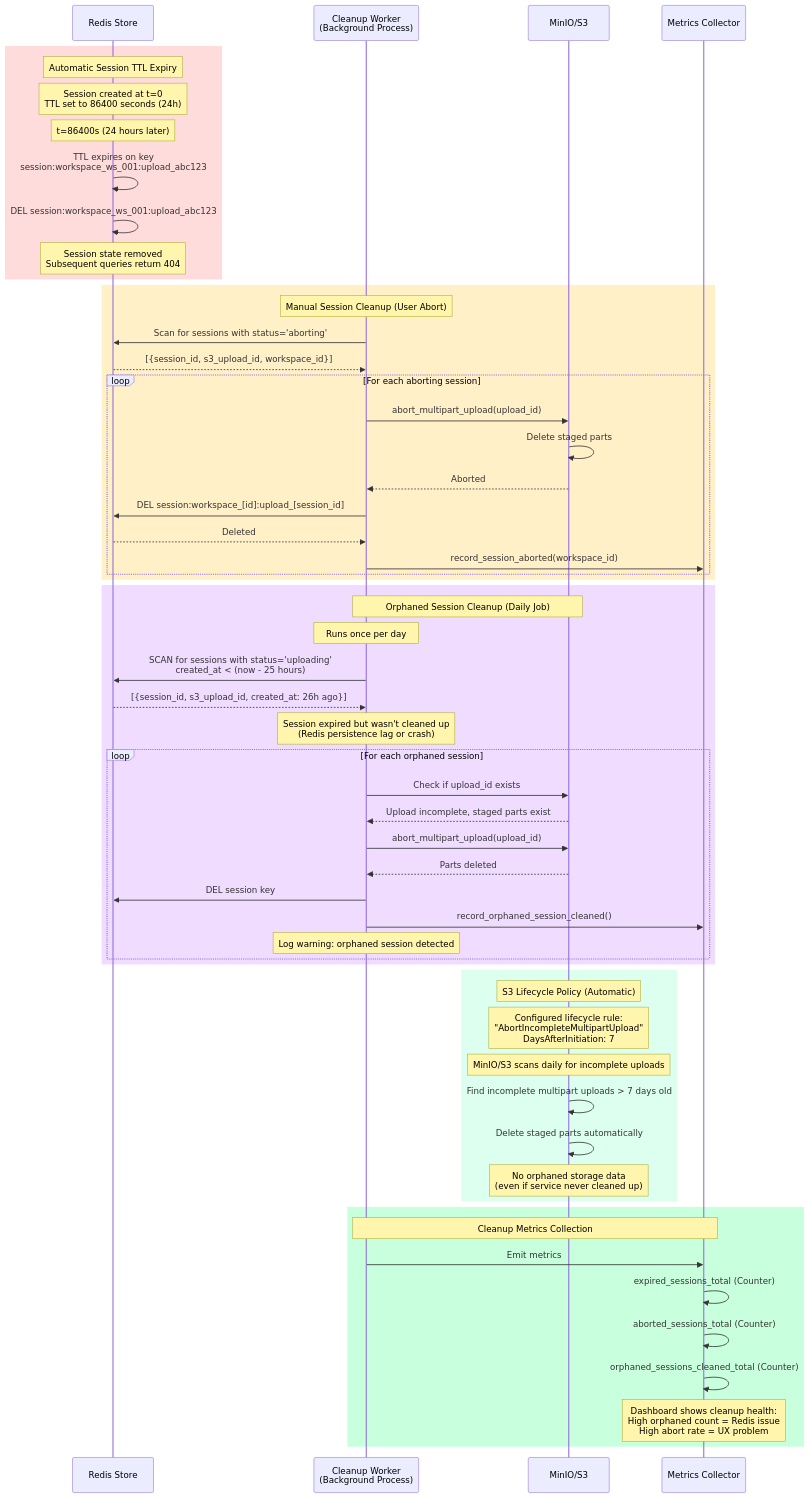
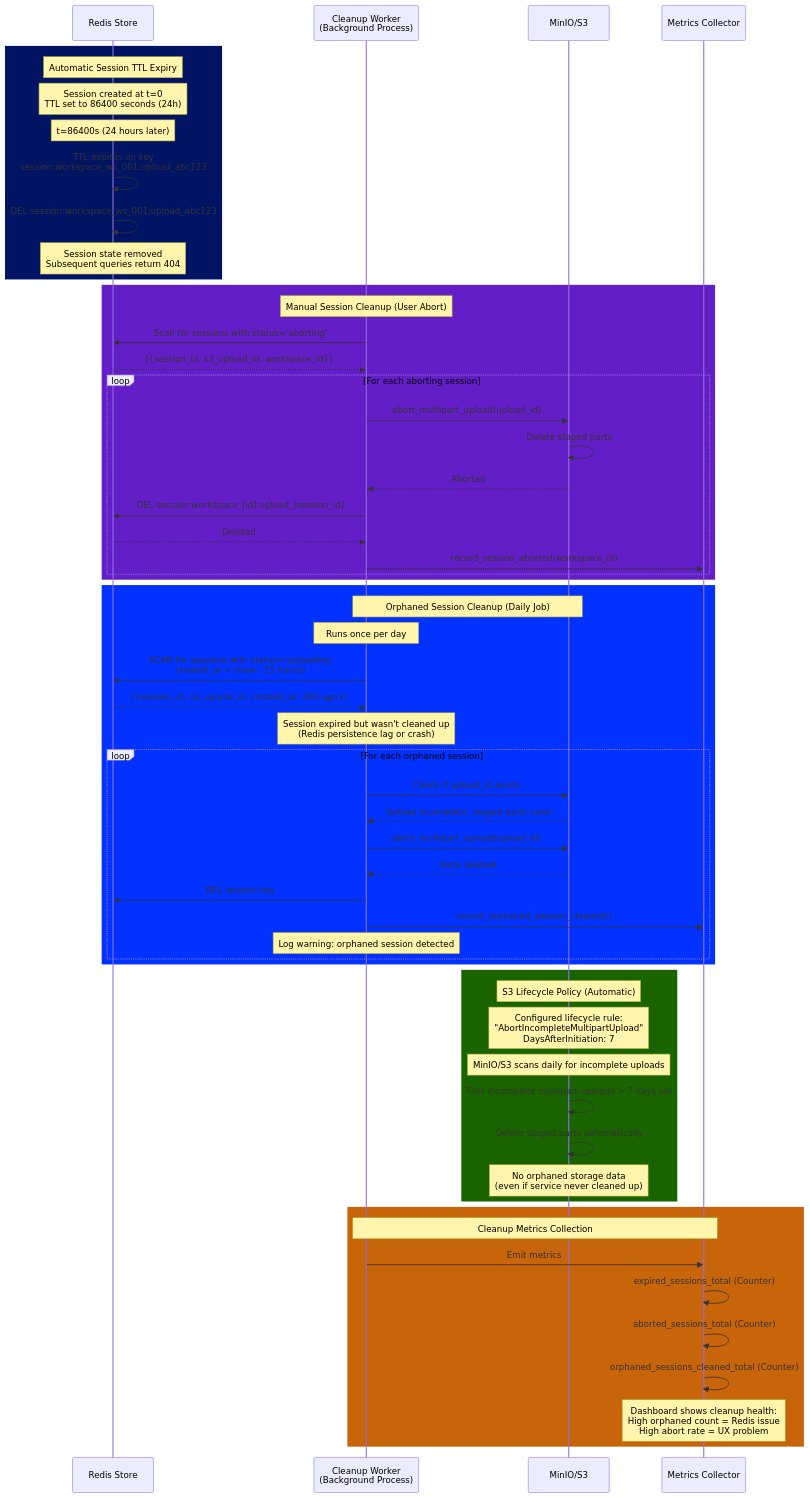
The diagram in artifacts/planning-artifacts/sequence-diagrams-additional.md (valeriu-pirtac/rag-file-uploader), drawn with Mermaid before and after one commit. The commit also changed 3 other files, not shown here.

Commit message:
AB#4.5 Apply C4 Model to visualise project architecture

```diff
--- a/artifacts/planning-artifacts/sequence-diagrams-additional.md
+++ b/artifacts/planning-artifacts/sequence-diagrams-additional.md
@@ -16,7 +16,7 @@
     participant Metrics as Metrics Collector
     
     %% Automatic Session Expiry (24h TTL)
-    rect rgb(255, 220, 220)
+    rect rgb(1, 20, 100)
         Note over Redis: Automatic Session TTL Expiry
         Note over Redis: Session created at t=0<br/>TTL set to 86400 seconds (24h)
         
@@ -28,7 +28,7 @@
     end
     
     %% Manual Cleanup Trigger (Abort)
-    rect rgb(255, 240, 200)
+    rect rgb(100, 30, 200)
         Note over Cleanup: Manual Session Cleanup (User Abort)
         Cleanup->>Redis: Scan for sessions with status='aborting'
         Redis-->>Cleanup: [{session_id, s3_upload_id, workspace_id}]
@@ -46,7 +46,7 @@
     end
     
     %% Orphaned Session Detection (Safety Net)
-    rect rgb(240, 220, 255)
+    rect rgb(1, 50, 255)
         Note over Cleanup,S3: Orphaned Session Cleanup (Daily Job)
         Note over Cleanup: Runs once per day
         
@@ -70,7 +70,7 @@
     end
     
     %% S3 Lifecycle Policy (Independent Cleanup)
-    rect rgb(220, 255, 240)
+    rect rgb(25, 100, 1)
         Note over S3: S3 Lifecycle Policy (Automatic)
         Note over S3: Configured lifecycle rule:<br/>"AbortIncompleteMultipartUpload"<br/>DaysAfterInitiation: 7
         
@@ -82,7 +82,7 @@
     end
     
     %% Metrics on Cleanup
-    rect rgb(200, 255, 220)
+    rect rgb(200, 100, 10)
         Note over Cleanup,Metrics: Cleanup Metrics Collection
         Cleanup->>Metrics: Emit metrics
         Metrics->>Metrics: expired_sessions_total (Counter)
```
